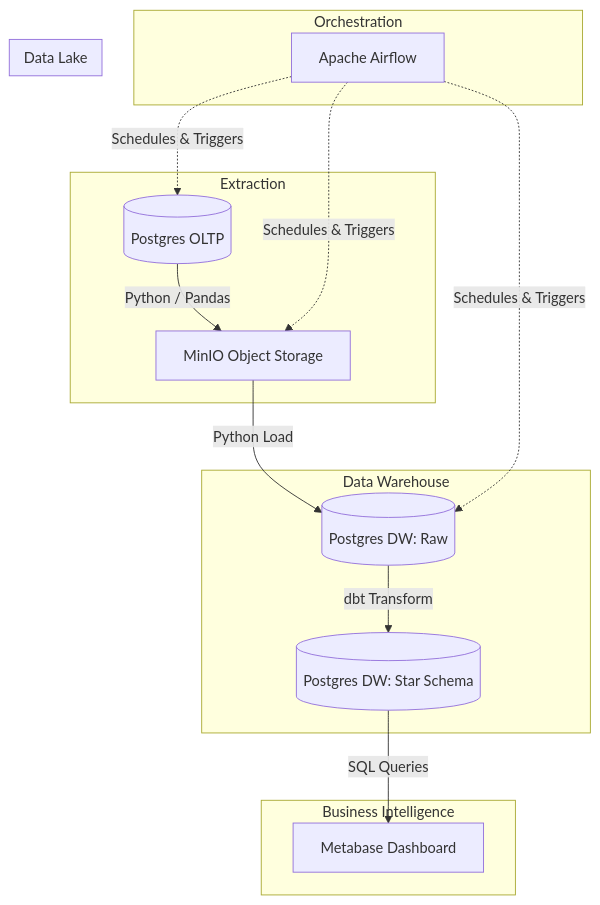
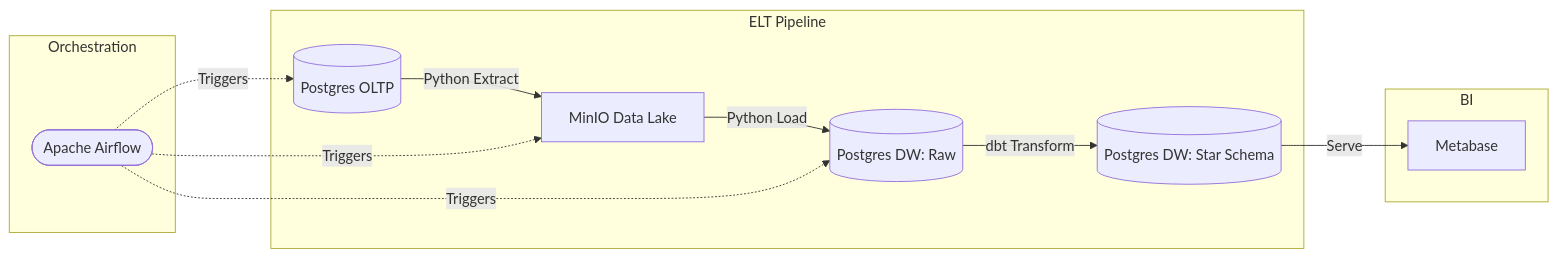
Before and after one commit to rtmagar/ecommerce-elt-pipeline: the diagram in README.md, drawn with Mermaid. The commit also changed other lines of this file, not shown here.

````diff
--- a/README.md
+++ b/README.md
@@ -33,27 +33,20 @@
 ```mermaid
-graph TD
+graph LR
     subgraph Orchestration
-        A[Apache Airflow]
+        A([Apache Airflow])
     end
 
-    subgraph Extraction
-        B[(Postgres OLTP)] -->|Python / Pandas| C
-    end
-
-    subgraph Data Lake
-        C[MinIO Object Storage]
-    end
-
-    subgraph Data Warehouse
+    subgraph ELT Pipeline
+        B[(Postgres OLTP)] -->|Python Extract| C[MinIO Data Lake]
         C -->|Python Load| D[(Postgres DW: Raw)]
         D -->|dbt Transform| E[(Postgres DW: Star Schema)]
     end
 
-    subgraph Business Intelligence
-        E -->|SQL Queries| F[Metabase Dashboard]
+    subgraph BI
+        E -->|Serve| F[Metabase]
     end
 
-    A -.->|Schedules & Triggers| B
-    A -.->|Schedules & Triggers| C
-    A -.->|Schedules & Triggers| D
+    A -.->|Triggers| B
+    A -.->|Triggers| C
+    A -.->|Triggers| D
 ```
````
